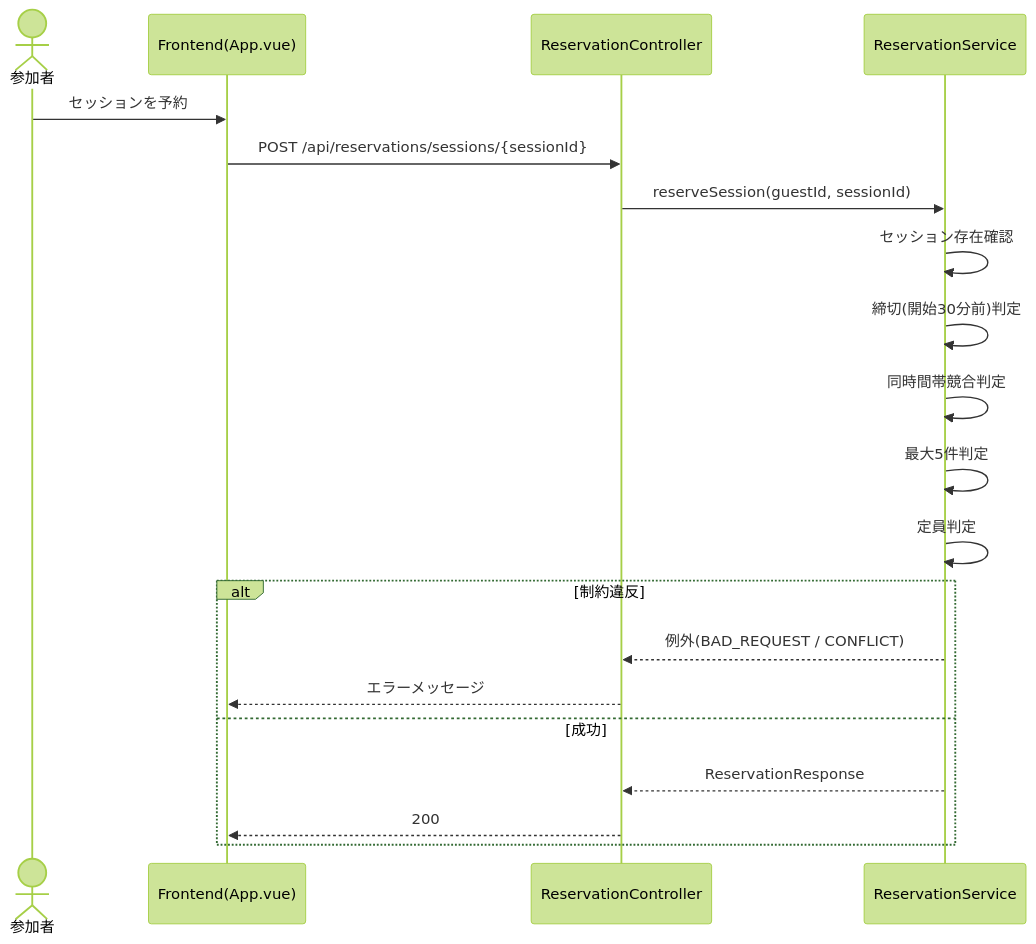
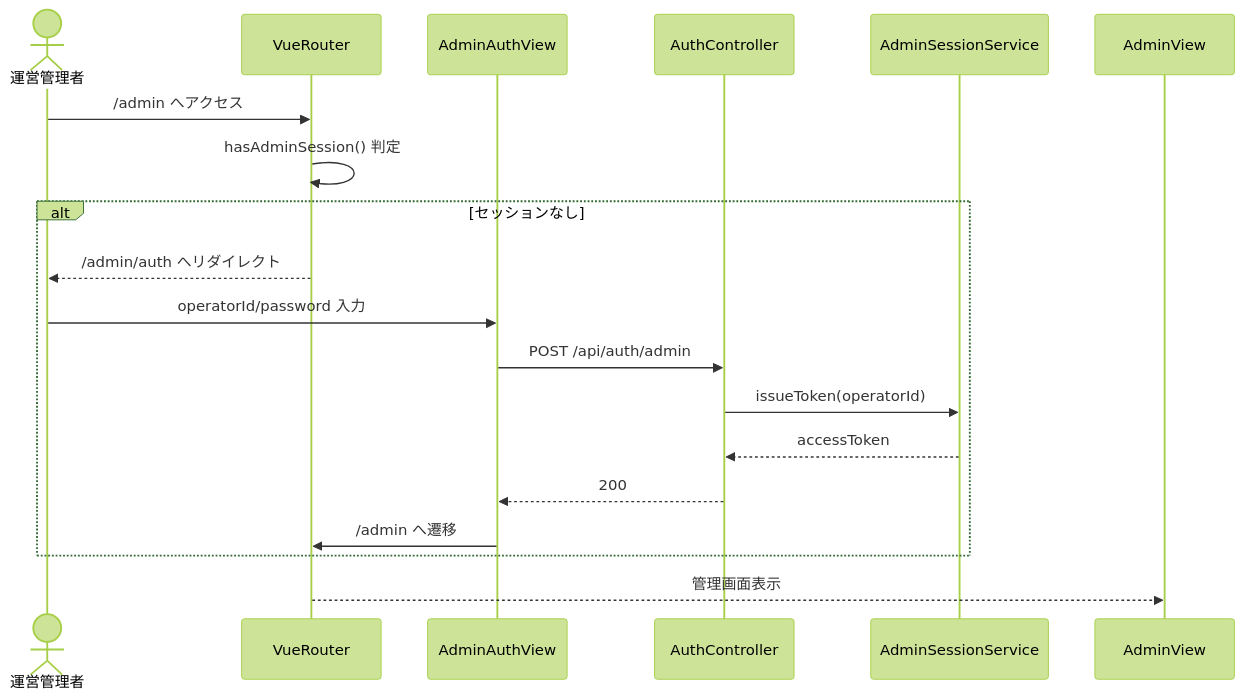
Before and after one commit to autotaker/simple-event-reservation-system: the second of 3 diagrams in docs/review/05-sequence-diagrams.md, drawn with Mermaid (forest theme). The commit also changed other lines of this file and 30 other files, not shown here.

````diff
--- a/docs/review/05-sequence-diagrams.md
+++ b/docs/review/05-sequence-diagrams.md
@@ -29,23 +30,22 @@
 ```mermaid
 sequenceDiagram
-    actor Guest as 参加者
-    participant UI as Frontend(App.vue)
-    participant Res as ReservationController
-    participant RS as ReservationService
+    actor Admin as 運営管理者
+    participant Router as VueRouter
+    participant AuthUI as AdminAuthView
+    participant AuthApi as AuthController
+    participant AS as AdminSessionService
+    participant AdminUI as AdminView
 
-    Guest->>UI: セッションを予約
-    UI->>Res: POST /api/reservations/sessions/{sessionId}
-    Res->>RS: reserveSession(guestId, sessionId)
-    RS->>RS: セッション存在確認
-    RS->>RS: 締切(開始30分前)判定
-    RS->>RS: 同時間帯競合判定
-    RS->>RS: 最大5件判定
-    RS->>RS: 定員判定
-    alt 制約違反
-      RS-->>Res: 例外(BAD_REQUEST / CONFLICT)
-      Res-->>UI: エラーメッセージ
-    else 成功
-      RS-->>Res: ReservationResponse
-      Res-->>UI: 200
+    Admin->>Router: /admin へアクセス
+    Router->>Router: hasAdminSession() 判定
+    alt セッションなし
+      Router-->>Admin: /admin/auth へリダイレクト
+      Admin->>AuthUI: operatorId/password 入力
+      AuthUI->>AuthApi: POST /api/auth/admin
+      AuthApi->>AS: issueToken(operatorId)
+      AS-->>AuthApi: accessToken
+      AuthApi-->>AuthUI: 200
+      AuthUI->>Router: /admin へ遷移
     end
+    Router-->>AdminUI: 管理画面表示
 ```
````
